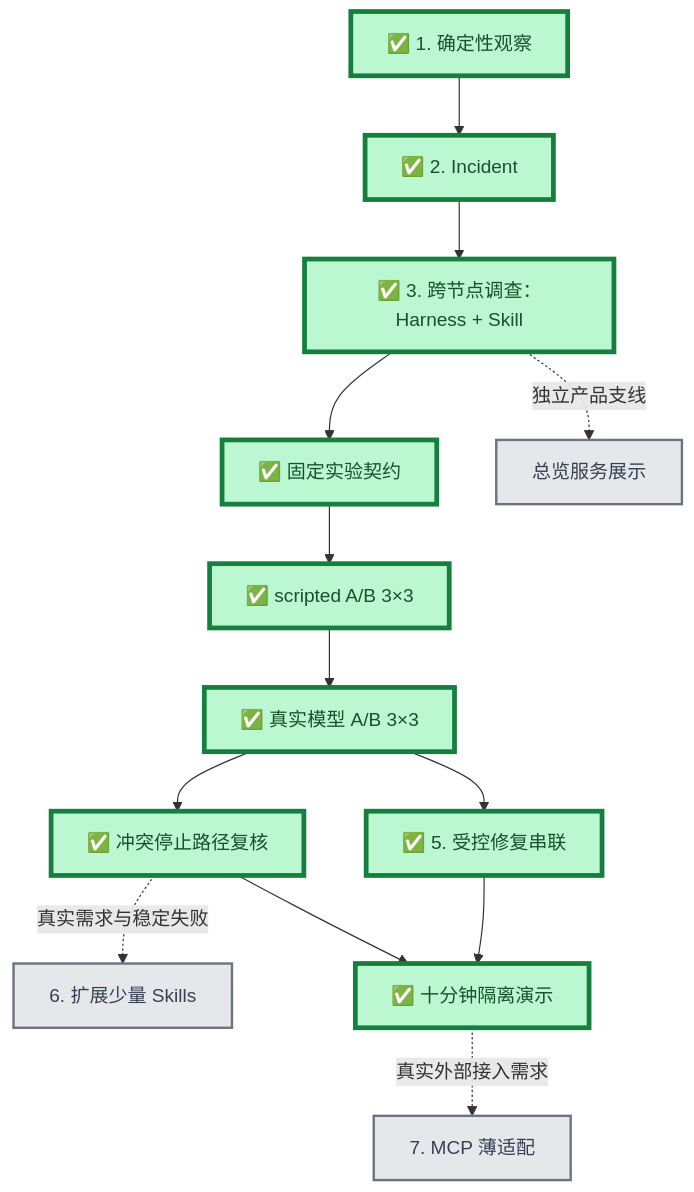
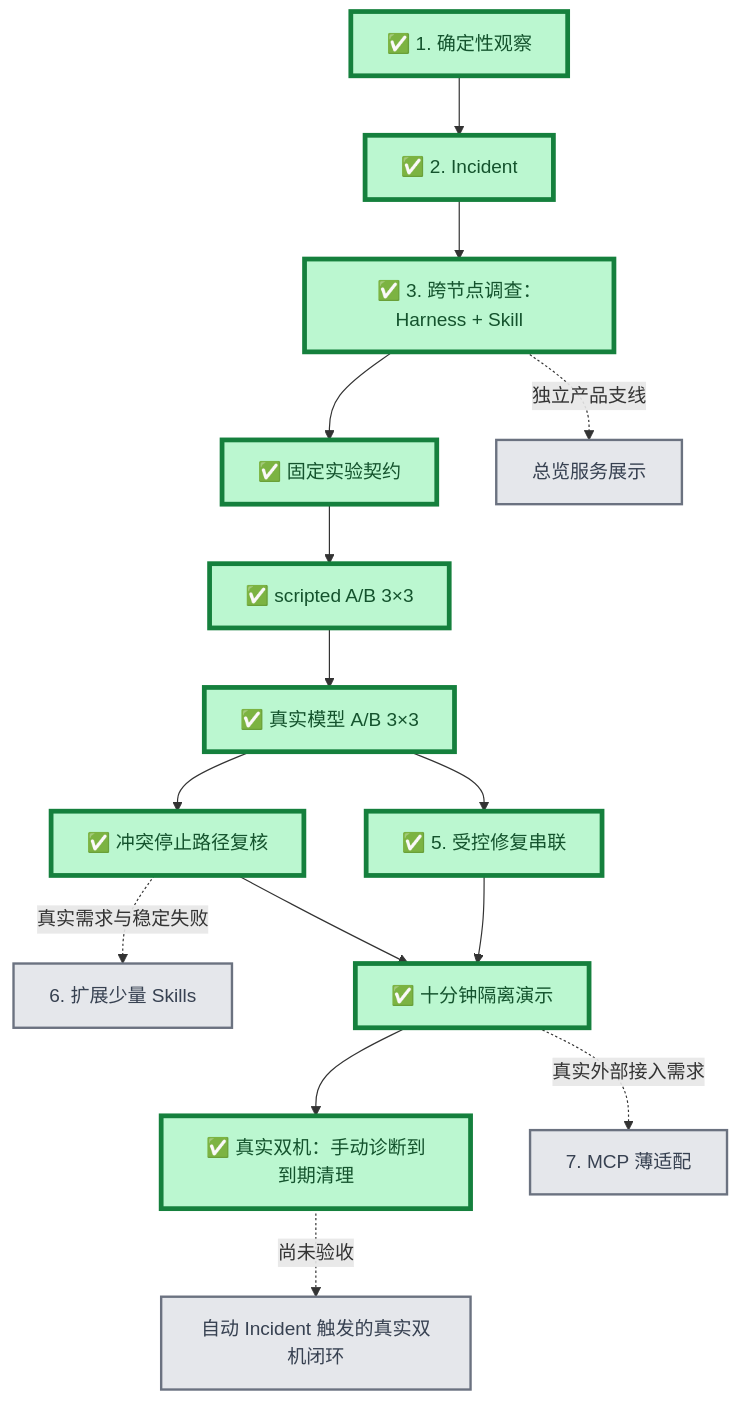
One commit to Sugarfarmeriod/TunnelMinion changed the first of 2 diagrams in docs/project/roadmap.md. Above: the diagram before and after it, drawn with Mermaid. The commit also changed other lines of this file and 2 other files, not shown here.

Commit message:
docs: record real cross-node recovery acceptance [skip ci] (#99)

````diff
--- a/docs/project/roadmap.md
+++ b/docs/project/roadmap.md
@@ -8,25 +8,27 @@
 ```mermaid
 flowchart TB
     A["✅ 1. 确定性观察"] --> B["✅ 2. Incident"]
     B --> C["✅ 3. 跨节点调查：Harness + Skill"]
 
     C --> D1["✅ 固定实验契约"]
     D1 --> D2["✅ scripted A/B 3×3"]
     D2 --> D3["✅ 真实模型 A/B 3×3"]
 
     D3 --> E["✅ 5. 受控修复串联"]
     D3 --> F["✅ 冲突停止路径复核"]
     F -.真实需求与稳定失败.-> K["6. 扩展少量 Skills"]
     E --> H["✅ 十分钟隔离演示"]
     F --> H
+    H --> R["✅ 真实双机：手动诊断到到期清理"]
+    R -.尚未验收.-> I["自动 Incident 触发的真实双机闭环"]
     H -.真实外部接入需求.-> G["7. MCP 薄适配"]
 
     C -.独立产品支线.-> U["总览服务展示"]
 
     classDef done fill:#bbf7d0,stroke:#15803d,stroke-width:4px,color:#14532d;
     classDef current fill:#fde68a,stroke:#b45309,stroke-width:5px,color:#78350f;
     classDef next fill:#bfdbfe,stroke:#1d4ed8,stroke-width:3px,color:#1e3a8a;
     classDef later fill:#e5e7eb,stroke:#6b7280,stroke-width:2px,color:#374151;
-    class A,B,C,D1,D2,D3,E,F,H done;
-    class G,U,K later;
+    class A,B,C,D1,D2,D3,E,F,H,R done;
+    class G,U,K,I later;
 ```
````
